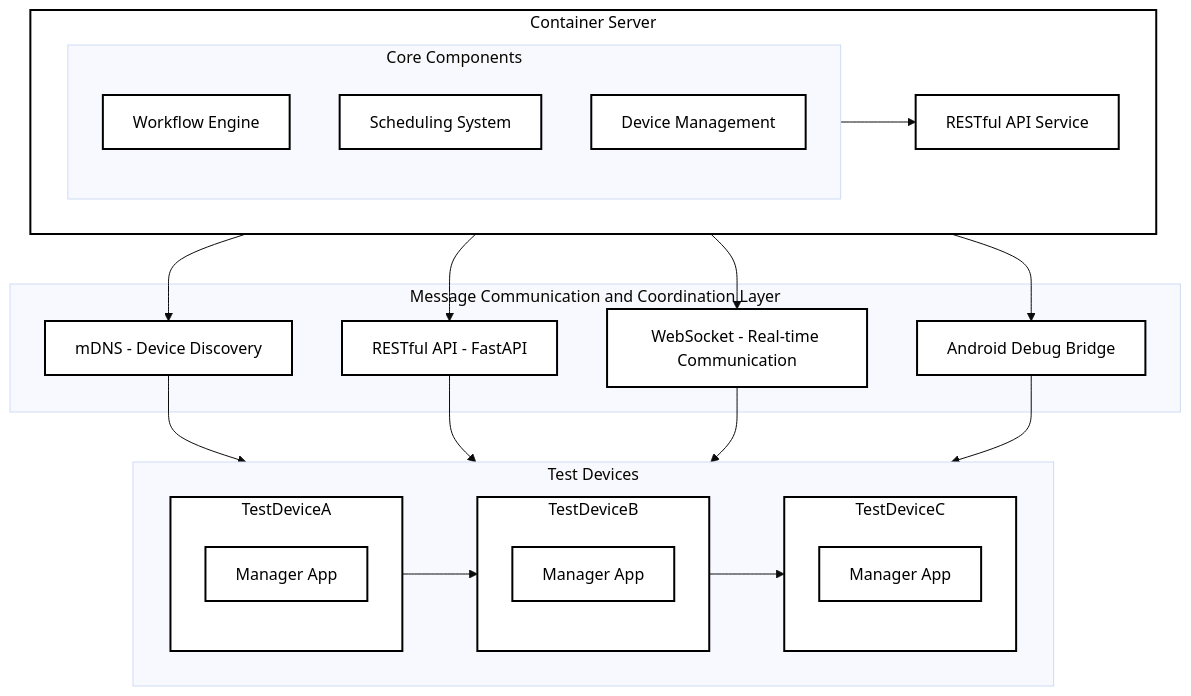
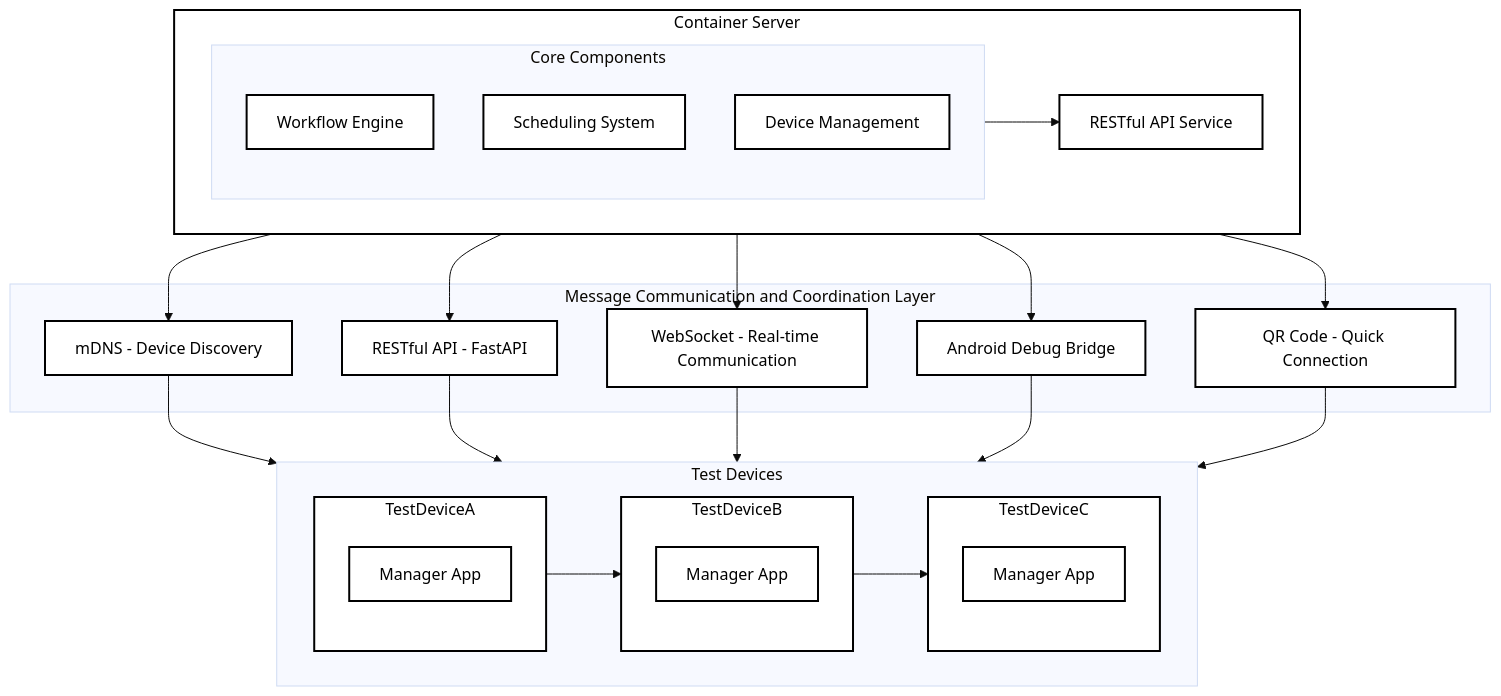
Before and after one commit to terminail/autodroid: the first of 2 diagrams in architecture.md, drawn with Mermaid (base theme). The commit also changed other lines of this file and 38 other files, not shown here.

````diff
--- a/architecture.md
+++ b/architecture.md
@@ -5,59 +5,62 @@
 ```mermaid
 flowchart TD
     subgraph ContainerServer[Container Server]
         subgraph CoreComponents[Core Components]
             WorkflowEngine[Workflow Engine]
             SchedulingSystem[Scheduling System]
             DeviceManagement[Device Management]
         end
         
         RESTfulAPI[RESTful API Service]
         
         CoreComponents --> RESTfulAPI
     end
     
     subgraph CommunicationLayer[Message Communication and Coordination Layer]
         mDNS[mDNS - Device Discovery]
         HTTP[RESTful API - FastAPI]
         WebSocket[WebSocket - Real-time Communication]
         ADB[Android Debug Bridge]
+        QRCode[QR Code - Quick Connection]
     end
     
     subgraph TestDevices[Test Devices]
         direction LR
         TestDeviceA[Test Device A] --> TestDeviceB[Test Device B] --> TestDeviceC[Test Device C]
         
         subgraph TestDeviceA
             ProxyAppA[Manager App]
         end
         
         subgraph TestDeviceB
             ProxyAppB[Manager App]
         end
         
         subgraph TestDeviceC
             ProxyAppC[Manager App]
         end
     end
     
     ContainerServer --> mDNS
     ContainerServer --> HTTP
     ContainerServer --> WebSocket
     ContainerServer --> ADB
+    ContainerServer --> QRCode
 
     mDNS --> TestDevices
     HTTP --> TestDevices
     WebSocket --> TestDevices
     ADB --> TestDevices
+    QRCode --> TestDevices
     
     %% Styling - Using black text with white background for better clarity
     classDef container stroke:#000,stroke-width:2px,fill:#fff,color:#000;
     classDef component stroke:#000,stroke-width:2px,fill:#fff,color:#000;
     classDef communication stroke:#000,stroke-width:2px,fill:#fff,color:#000;
     classDef device stroke:#000,stroke-width:2px,fill:#fff,color:#000;
     
     class ContainerServer container;
     class WorkflowEngine,SchedulingSystem,DeviceManagement,RESTfulAPI component;
-    class mDNS,HTTP,WebSocket,ADB communication;
+    class mDNS,HTTP,WebSocket,ADB,QRCode communication;
     class TestDeviceA,TestDeviceB,TestDeviceC,ProxyAppA,ProxyAppB,ProxyAppC device;
 ```
````
